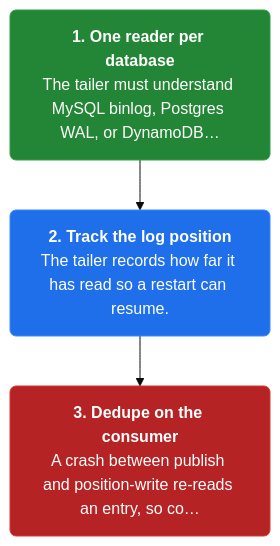
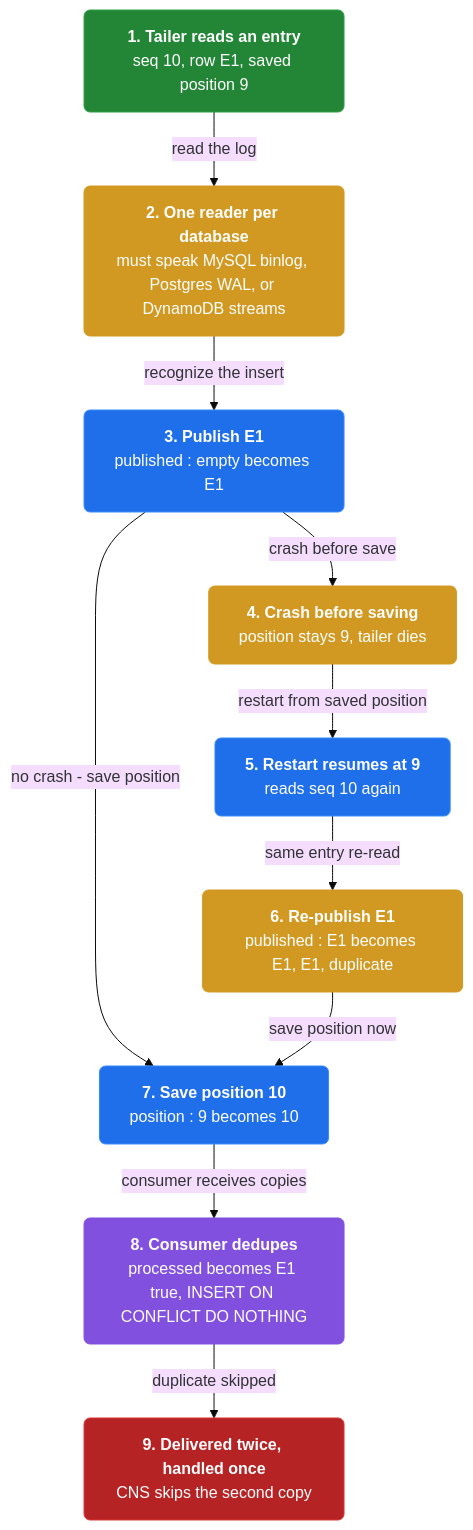
One commit to vinayakuber/microservices-io-study-guide changed the third of 3 diagrams in docs/ch13-transaction-log-tailing.md. Above: the diagram before and after it, drawn with Mermaid (base theme). The commit also changed other lines of this file and 46 other files, not shown here.

First line of the commit message:
Author rich branching flow diagrams for all 44 chapters

````diff
--- a/docs/ch13-transaction-log-tailing.md
+++ b/docs/ch13-transaction-log-tailing.md
@@ -98,11 +121,26 @@
 ```mermaid
 flowchart TD
-  classDef step fill:#1f6feb,color:#ffffff,stroke:#388bfd,stroke-width:1px,rx:6
+  classDef step fill:#1f6feb,color:#ffffff,stroke:#388bfd,rx:6
+  classDef core fill:#8250df,color:#ffffff,stroke:#8250df,rx:6
+  classDef warn fill:#d29922,color:#ffffff,stroke:#d29922,rx:6
   classDef start fill:#238636,color:#ffffff,stroke:#2ea043,rx:6
   classDef stop fill:#b62324,color:#ffffff,stroke:#da3633,rx:6
-  s2n0["<b>1. One reader per database</b><br/>The tailer must understand MySQL binlog, Postgres WAL, or DynamoDB…"]:::start
-  s2n1["<b>2. Track the log position</b><br/>The tailer records how far it has read so a restart can resume."]:::step
-  s2n2["<b>3. Dedupe on the consumer</b><br/>A crash between publish and position-write re-reads an entry, so co…"]:::stop
-  s2n0 --> s2n1
-  s2n1 --> s2n2
+  n0["<b>1. Tailer reads an entry</b><br/>seq 10, row E1, saved position 9"]:::start
+  n1["<b>2. One reader per database</b><br/>must speak MySQL binlog, Postgres WAL, or DynamoDB streams"]:::warn
+  n2["<b>3. Publish E1</b><br/>published : empty becomes E1"]:::step
+  n3["<b>4. Crash before saving</b><br/>position stays 9, tailer dies"]:::warn
+  n4["<b>5. Restart resumes at 9</b><br/>reads seq 10 again"]:::step
+  n5["<b>6. Re-publish E1</b><br/>published : E1 becomes E1, E1, duplicate"]:::warn
+  n6["<b>7. Save position 10</b><br/>position : 9 becomes 10"]:::step
+  n7["<b>8. Consumer dedupes</b><br/>processed becomes E1 true, INSERT ON CONFLICT DO NOTHING"]:::core
+  n8["<b>9. Delivered twice, handled once</b><br/>CNS skips the second copy"]:::stop
+  n0 -->|"read the log"| n1
+  n1 -->|"recognize the insert"| n2
+  n2 -->|"crash before save"| n3
+  n2 -->|"no crash - save position"| n6
+  n3 -->|"restart from saved position"| n4
+  n4 -->|"same entry re-read"| n5
+  n5 -->|"save position now"| n6
+  n6 -->|"consumer receives copies"| n7
+  n7 -->|"duplicate skipped"| n8
 ```
````
